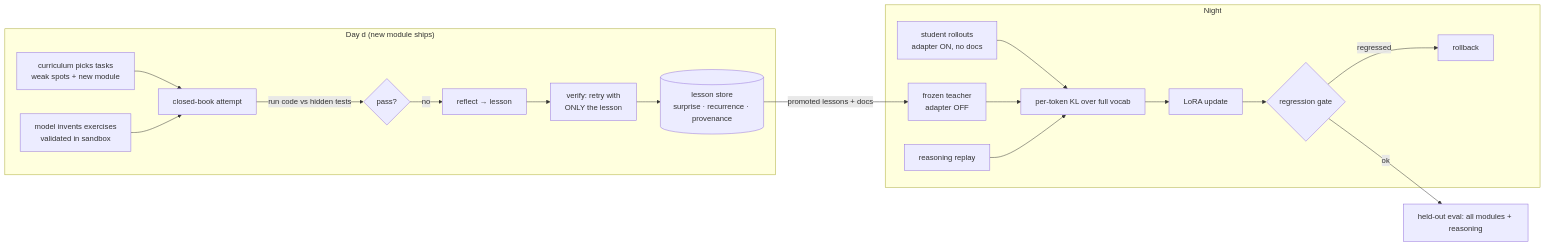
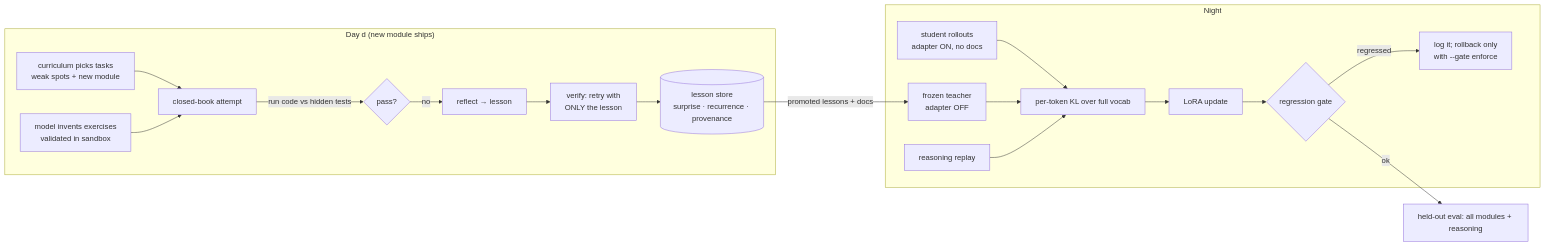
The diagram in README.md (samisbakedham/nightshift), drawn with Mermaid before and after one commit. The commit also changed other lines of this file and 13 other files, not shown here.

````diff
--- a/README.md
+++ b/README.md
@@ -51,21 +58,21 @@
 ```mermaid
 flowchart LR
   subgraph Day["Day d (new module ships)"]
     P[curriculum picks tasks<br/>weak spots + new module] --> A[closed-book attempt]
     S[model invents exercises<br/>validated in sandbox] --> A
     A -->|run code vs hidden tests| G{pass?}
     G -- no --> R[reflect → lesson]
     R --> V[verify: retry with<br/>ONLY the lesson]
     V --> L[(lesson store<br/>surprise · recurrence · provenance)]
   end
   subgraph Night
     L -->|promoted lessons + docs| T[frozen teacher<br/>adapter OFF]
     A2[student rollouts<br/>adapter ON, no docs] --> K[per-token KL over full vocab]
     T --> K
     RP[reasoning replay] --> K
     K --> U[LoRA update]
     U --> GT{regression gate}
-    GT -- regressed --> RB[rollback]
+    GT -- regressed --> RB[log it; rollback only<br/>with --gate enforce]
   end
   GT -- ok --> E[held-out eval: all modules + reasoning]
 ```
````
